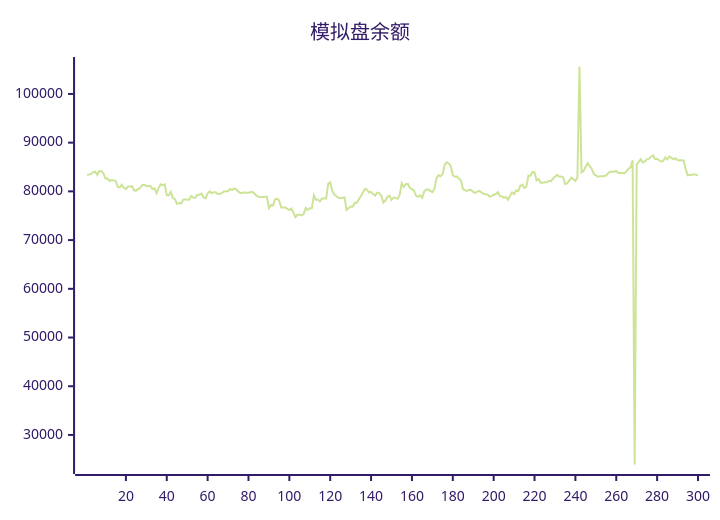
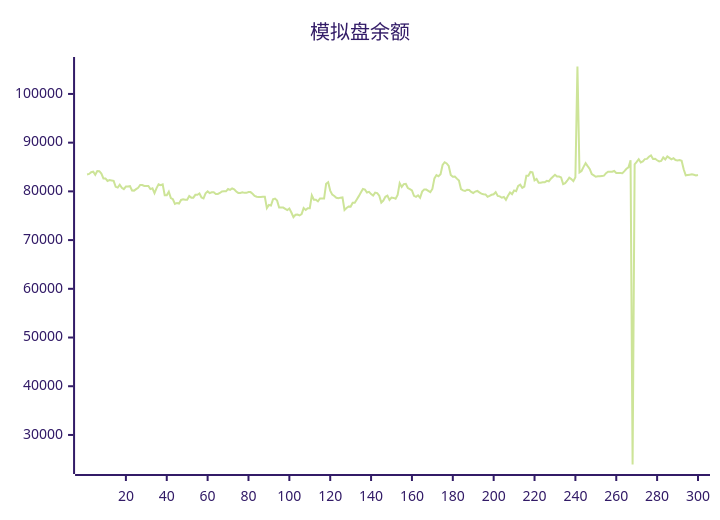
One commit to aahl/ai-trading changed the diagram in README.md. Above: the diagram before and after it, drawn with Mermaid (forest theme). The commit also changed other lines of this file and 1 other file, not shown here.

````diff
--- a/README.md
+++ b/README.md
@@ -5,5 +5,5 @@
 ```mermaid
 xychart
     title "模拟盘余额"
-    line [83378,83464,83579,83920,84037,83402,84160,84142,83652,82655,82655,82145,82315,82243,82163,80934,80770,81371,80742,80468,80989,80989,81067,80191,80155,80450,80737,81309,81309,81106,81119,81119,80471,80631,79624,80670,81448,81290,81429,79212,79222,79940,78643,78380,77432,77623,77504,78235,78358,78284,78277,79048,78714,78714,79290,79308,79567,78763,78563,79603,79988,79652,79813,79813,79476,79469,79673,79995,80015,80015,80486,80314,80600,80436,79966,79689,79689,79819,79692,79692,79850,79850,79518,79071,78889,78850,78850,78878,78878,76554,77202,77103,78357,78510,78106,76678,76677,76672,76411,76159,76485,75656,74695,75197,75246,75052,75334,76564,76179,76553,76551,79196,78300,78300,77944,78531,78531,78521,81564,81884,80160,79335,79055,78675,78580,78708,78764,76179,76586,76902,76876,77658,77669,78346,79023,79769,80497,80366,79761,79896,79448,79126,79749,79658,79097,77695,78114,78888,79126,78249,78738,78653,78478,79271,81680,80923,81488,81527,80681,80455,80190,79084,78879,79193,78686,79954,80403,80374,80118,79848,80491,82665,83351,83098,83525,85430,85983,85737,85221,83378,83014,83043,82613,82216,80477,80208,80081,80348,80277,79894,79670,79965,80093,79786,79542,79406,79371,78893,79087,79304,79406,79841,79072,78978,78696,78846,78272,79085,79787,79442,80198,80031,81120,81379,80718,80985,83214,83212,83993,83921,82270,82547,81776,81776,81866,81866,82158,82061,82596,83000,83408,83041,83050,82858,81503,81691,82188,82812,82517,82092,82901,105633,83898,84180,85030,85781,85178,84604,83569,83298,83008,83093,83107,83175,83228,83729,84025,84017,84019,84177,83775,83762,83785,83738,84160,84639,84939,86370,23934,85548,86046,86599,85942,86161,86622,86664,87115,87369,86666,86685,86384,86152,86243,86969,86548,87164,86885,86566,86809,86427,86348,86417,86273,84538,83299,83369,83430,83490,83404,83270]
+    line [83464,83579,83920,84037,83402,84160,84142,83652,82655,82655,82145,82315,82243,82163,80934,80770,81371,80742,80468,80989,80989,81067,80191,80155,80450,80737,81309,81309,81106,81119,81119,80471,80631,79624,80670,81448,81290,81429,79212,79222,79940,78643,78380,77432,77623,77504,78235,78358,78284,78277,79048,78714,78714,79290,79308,79567,78763,78563,79603,79988,79652,79813,79813,79476,79469,79673,79995,80015,80015,80486,80314,80600,80436,79966,79689,79689,79819,79692,79692,79850,79850,79518,79071,78889,78850,78850,78878,78878,76554,77202,77103,78357,78510,78106,76678,76677,76672,76411,76159,76485,75656,74695,75197,75246,75052,75334,76564,76179,76553,76551,79196,78300,78300,77944,78531,78531,78521,81564,81884,80160,79335,79055,78675,78580,78708,78764,76179,76586,76902,76876,77658,77669,78346,79023,79769,80497,80366,79761,79896,79448,79126,79749,79658,79097,77695,78114,78888,79126,78249,78738,78653,78478,79271,81680,80923,81488,81527,80681,80455,80190,79084,78879,79193,78686,79954,80403,80374,80118,79848,80491,82665,83351,83098,83525,85430,85983,85737,85221,83378,83014,83043,82613,82216,80477,80208,80081,80348,80277,79894,79670,79965,80093,79786,79542,79406,79371,78893,79087,79304,79406,79841,79072,78978,78696,78846,78272,79085,79787,79442,80198,80031,81120,81379,80718,80985,83214,83212,83993,83921,82270,82547,81776,81776,81866,81866,82158,82061,82596,83000,83408,83041,83050,82858,81503,81691,82188,82812,82517,82092,82901,105633,83898,84180,85030,85781,85178,84604,83569,83298,83008,83093,83107,83175,83228,83729,84025,84017,84019,84177,83775,83762,83785,83738,84160,84639,84939,86370,23934,85548,86046,86599,85942,86161,86622,86664,87115,87369,86666,86685,86384,86152,86243,86969,86548,87164,86885,86566,86809,86427,86348,86417,86273,84538,83299,83369,83430,83490,83404,83270,83362]
 ```
````
